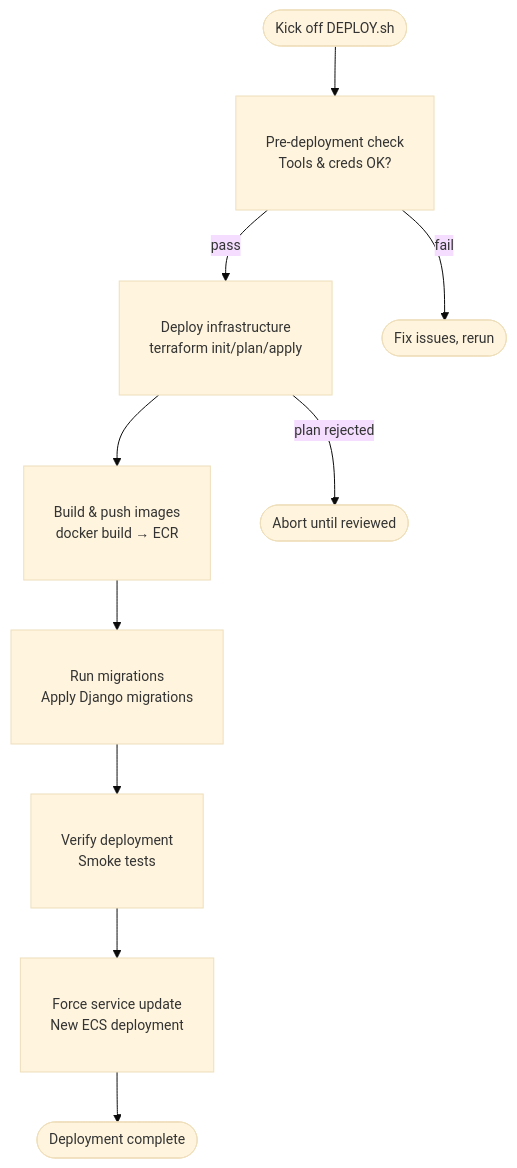
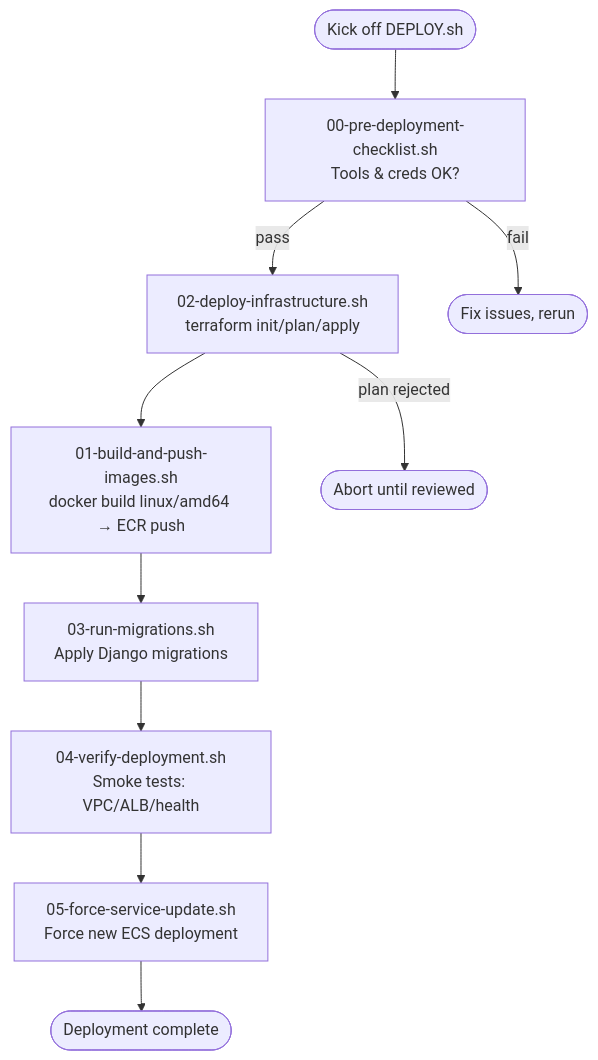
Before and after one commit to JoanneHing/cs3219-ay2526s1-project-g19: the second of 8 diagrams in docs/p1_deploy.md, drawn with Mermaid. The commit also changed other lines of this file, not shown here.

````diff
--- a/docs/p1_deploy.md
+++ b/docs/p1_deploy.md
@@ -50,16 +92,23 @@
 ```mermaid
-%%{init: {'theme':'base', 'themeVariables': {'fontSize':'14px'}}}%%
+
 flowchart TD
-  start([Kick off DEPLOY.sh]) --> checklist["Pre-deployment check<br/>Tools & creds OK?"]
-  checklist -->|pass| tf["Deploy infrastructure<br/>terraform init/plan/apply"]
-  tf --> build["Build & push images<br/>docker build → ECR"]
-  build --> migrate["Run migrations<br/>Apply Django migrations"]
-  migrate --> verify["Verify deployment<br/>Smoke tests"]
-  verify --> refresh["Force service update<br/>New ECS deployment"]
-  refresh --> done([Deployment complete])
-  checklist -->|fail| stop1([Fix issues, rerun])
-  tf -->|plan rejected| stop2([Abort until reviewed])
 
-  classDef wider padding:10px
-  class checklist,tf,build,migrate,verify,refresh wider
+start([Kick off DEPLOY.sh]) --> checklist["00-pre-deployment-checklist.sh<br/>Tools & creds OK?"]
+
+checklist -->|pass| tf["02-deploy-infrastructure.sh<br/>terraform init/plan/apply"]
+
+tf --> build["01-build-and-push-images.sh<br/>docker build linux/amd64 → ECR push"]
+
+build --> migrate["03-run-migrations.sh<br/>Apply Django migrations"]
+
+migrate --> verify["04-verify-deployment.sh<br/>Smoke tests: VPC/ALB/health"]
+
+verify --> refresh["05-force-service-update.sh<br/>Force new ECS deployment"]
+
+refresh --> done([Deployment complete])
+
+checklist -->|fail| stop1([Fix issues, rerun])
+
+tf -->|plan rejected| stop2([Abort until reviewed])
+
 ```
````
